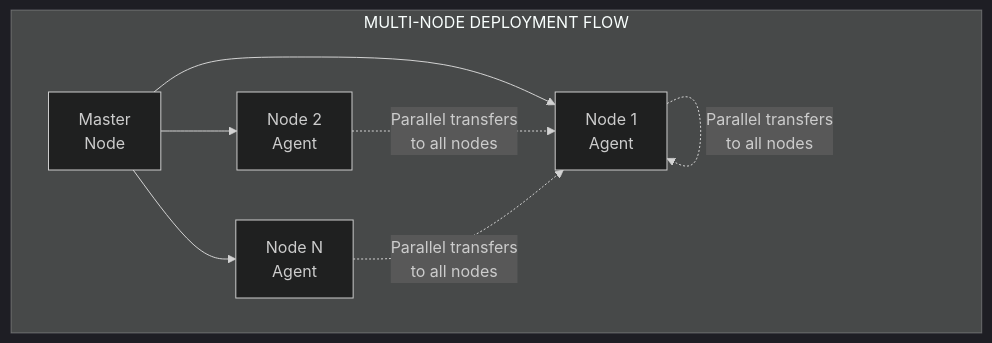
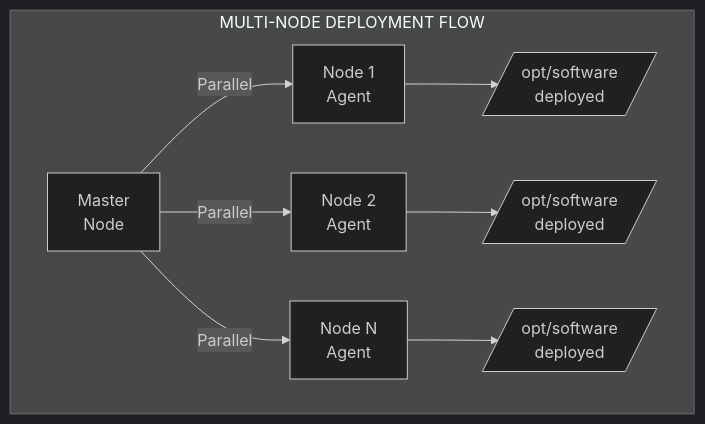
The sixth of 9 diagrams in README.md (gustcol/smartcopy), drawn with Mermaid (dark theme) before and after one commit. The commit also changed other lines of this file, not shown here.

````diff
--- a/README.md
+++ b/README.md
@@ -377,9 +377,11 @@
 ```mermaid
 flowchart TD
     subgraph DEPLOYMENT["MULTI-NODE DEPLOYMENT FLOW"]
-        M[Master<br>Node] --> N1[Node 1<br>Agent]
-        M --> N2[Node 2<br>Agent]
-        M --> NN[Node N<br>Agent]
-        N1 & N2 & NN -.-> |Parallel transfers<br>to all nodes| N1
+        M[Master<br>Node] -->|Parallel| N1[Node 1<br>Agent]
+        M -->|Parallel| N2[Node 2<br>Agent]
+        M -->|Parallel| NN[Node N<br>Agent]
+        N1 --> D1[/opt/software<br>deployed/]
+        N2 --> D2[/opt/software<br>deployed/]
+        NN --> DN[/opt/software<br>deployed/]
     end
 ```
````
